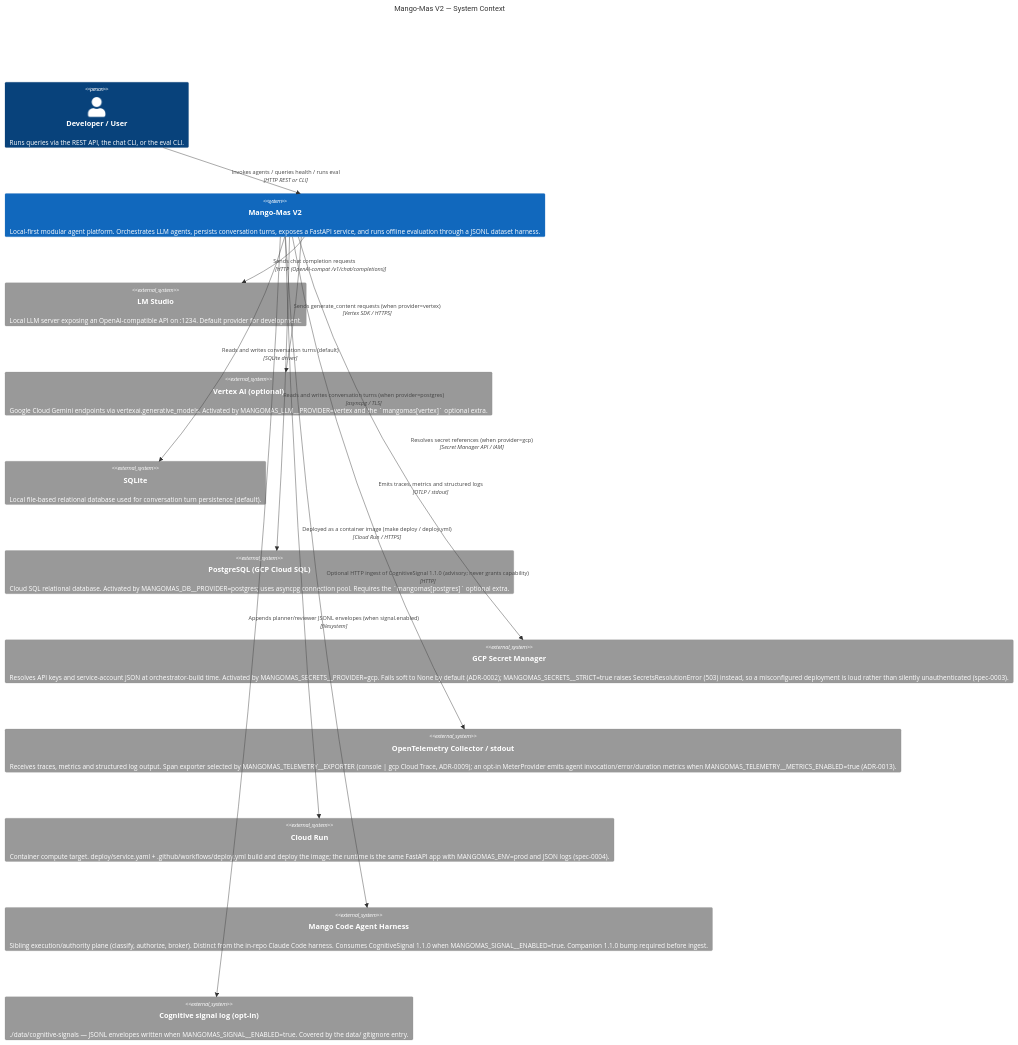
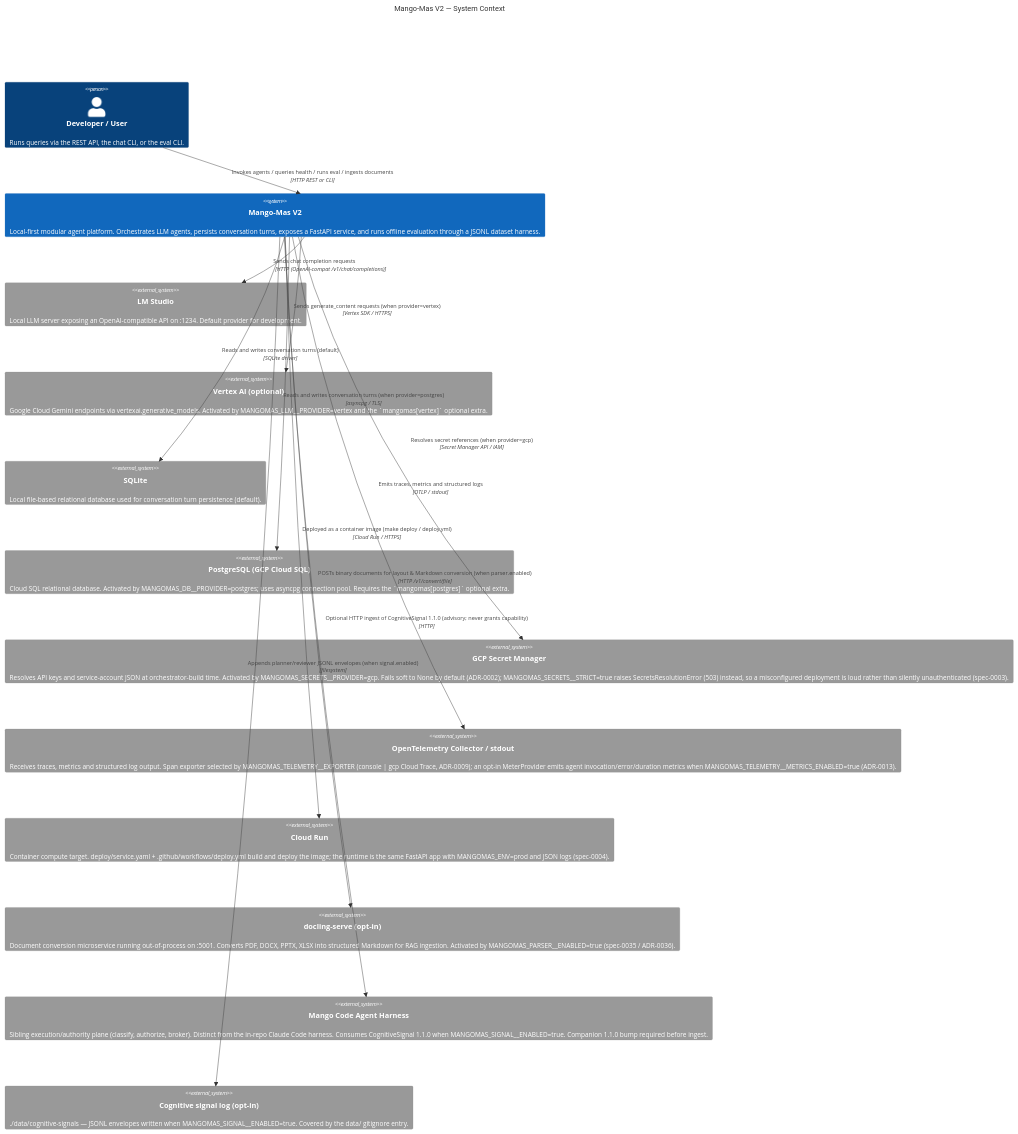
The diagram in docs/architecture/c1-context.md (Mango-Metrics-NLM/MangoMas_V2), drawn with Mermaid before and after one commit. The commit also changed other lines of this file and 10 other files, not shown here.

First line of the commit message:
docs: sync architecture, tooling and changelog for origin-sync + live E2E

````diff
--- a/docs/architecture/c1-context.md
+++ b/docs/architecture/c1-context.md
@@ -6,37 +6,40 @@
 ```mermaid
 C4Context
   title Mango-Mas V2 — System Context
 
   Person(developer, "Developer / User", "Runs queries via the REST API, the chat CLI, or the eval CLI.")
 
   System(mangomas, "Mango-Mas V2", "Local-first modular agent platform. Orchestrates LLM agents, persists conversation turns, exposes a FastAPI service, and runs offline evaluation through a JSONL dataset harness.")
 
   System_Ext(lmstudio, "LM Studio", "Local LLM server exposing an OpenAI-compatible API on :1234. Default provider for development.")
 
   System_Ext(vertex, "Vertex AI (optional)", "Google Cloud Gemini endpoints via vertexai.generative_models. Activated by MANGOMAS_LLM__PROVIDER=vertex and the `mangomas[vertex]` optional extra.")
 
   System_Ext(sqlite, "SQLite", "Local file-based relational database used for conversation turn persistence (default).")
 
   System_Ext(postgres, "PostgreSQL (GCP Cloud SQL)", "Cloud SQL relational database. Activated by MANGOMAS_DB__PROVIDER=postgres; uses asyncpg connection pool. Requires the `mangomas[postgres]` optional extra.")
 
   System_Ext(secret_mgr, "GCP Secret Manager", "Resolves API keys and service-account JSON at orchestrator-build time. Activated by MANGOMAS_SECRETS__PROVIDER=gcp. Fails soft to None by default (ADR-0002); MANGOMAS_SECRETS__STRICT=true raises SecretsResolutionError (503) instead, so a misconfigured deployment is loud rather than silently unauthenticated (spec-0003).")
 
   System_Ext(otel, "OpenTelemetry Collector / stdout", "Receives traces, metrics and structured log output. Span exporter selected by MANGOMAS_TELEMETRY__EXPORTER (console | gcp Cloud Trace, ADR-0009); an opt-in MeterProvider emits agent invocation/error/duration metrics when MANGOMAS_TELEMETRY__METRICS_ENABLED=true (ADR-0013).")
 
   System_Ext(cloud_run, "Cloud Run", "Container compute target. deploy/service.yaml + .github/workflows/deploy.yml build and deploy the image; the runtime is the same FastAPI app with MANGOMAS_ENV=prod and JSON logs (spec-0004).")
 
+  System_Ext(docling_serve, "docling-serve (opt-in)", "Document conversion microservice running out-of-process on :5001. Converts PDF, DOCX, PPTX, XLSX into structured Markdown for RAG ingestion. Activated by MANGOMAS_PARSER__ENABLED=true (spec-0035 / ADR-0036).")
+
   System_Ext(code_agent_harness, "Mango Code Agent Harness", "Sibling execution/authority plane (classify, authorize, broker). Distinct from the in-repo Claude Code harness. Consumes CognitiveSignal 1.1.0 when MANGOMAS_SIGNAL__ENABLED=true. Companion 1.1.0 bump required before ingest.")
 
   System_Ext(cognitive_signals, "Cognitive signal log (opt-in)", "./data/cognitive-signals — JSONL envelopes written when MANGOMAS_SIGNAL__ENABLED=true. Covered by the data/ gitignore entry.")
 
-  Rel(developer, mangomas, "Invokes agents / queries health / runs eval", "HTTP REST or CLI")
+  Rel(developer, mangomas, "Invokes agents / queries health / runs eval / ingests documents", "HTTP REST or CLI")
   Rel(mangomas, lmstudio, "Sends chat completion requests", "HTTP (OpenAI-compat /v1/chat/completions)")
   Rel(mangomas, vertex, "Sends generate_content requests (when provider=vertex)", "Vertex SDK / HTTPS")
+  Rel(mangomas, docling_serve, "POSTs binary documents for layout & Markdown conversion (when parser.enabled)", "HTTP /v1/convert/file")
   Rel(mangomas, sqlite, "Reads and writes conversation turns (default)", "SQLite driver")
   Rel(mangomas, postgres, "Reads and writes conversation turns (when provider=postgres)", "asyncpg / TLS")
   Rel(mangomas, secret_mgr, "Resolves secret references (when provider=gcp)", "Secret Manager API / IAM")
   Rel(mangomas, otel, "Emits traces, metrics and structured logs", "OTLP / stdout")
   Rel(mangomas, cloud_run, "Deployed as a container image (make deploy / deploy.yml)", "Cloud Run / HTTPS")
   Rel(mangomas, code_agent_harness, "Optional HTTP ingest of CognitiveSignal 1.1.0 (advisory; never grants capability)", "HTTP")
   Rel(mangomas, cognitive_signals, "Appends planner/reviewer JSONL envelopes (when signal.enabled)", "filesystem")
 ```
````
